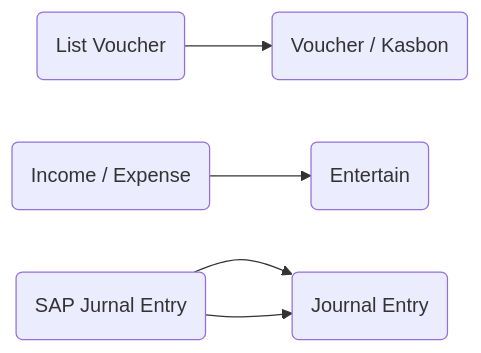
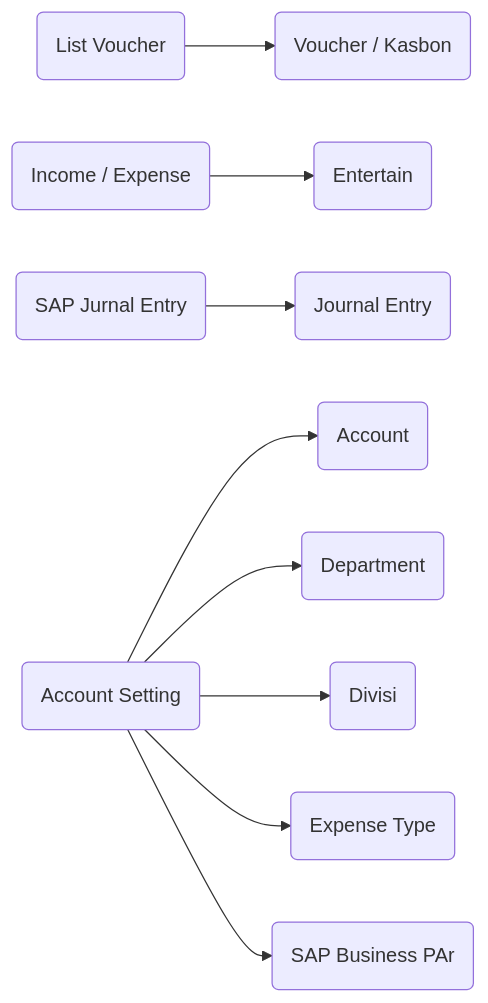
One commit to andyut/cnw_doc changed the second of 2 diagrams in cnw_je_doc.md. Above: the diagram before and after it, drawn with Mermaid. The commit also changed other lines of this file, not shown here.

Commit message:
cnw_je_doc.md updated from https://stackedit.io/

````diff
--- a/cnw_je_doc.md
+++ b/cnw_je_doc.md
@@ -26,8 +26,13 @@
 ```mermaid
 graph LR
 A(List Voucher) --> A1(Voucher / Kasbon)
 B(Income / Expense) --> B1(Entertain)
 C(SAP Jurnal Entry) --> C1(Journal Entry)
-C(SAP Jurnal Entry) --> C1(Journal Entry)
+D(Account Setting) --> D1(Account)
+D(Account Setting) --> D2(Department)
+D(Account Setting) --> D3(Divisi)
+D(Account Setting) --> D4(Expense Type)
+D(Account Setting) --> D5(SAP Business PAr)
+
 
 ```
````
